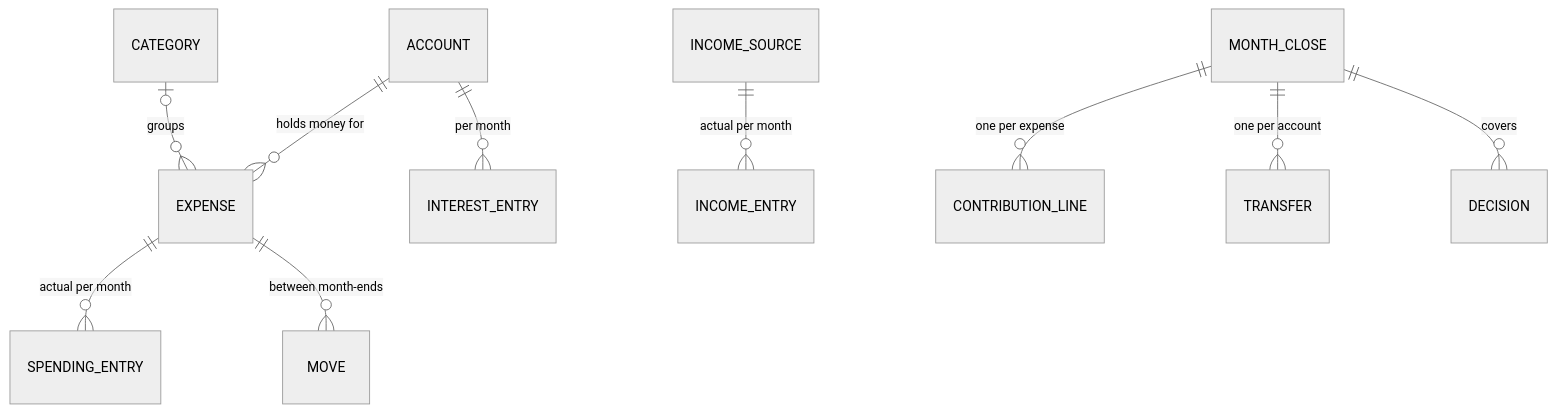
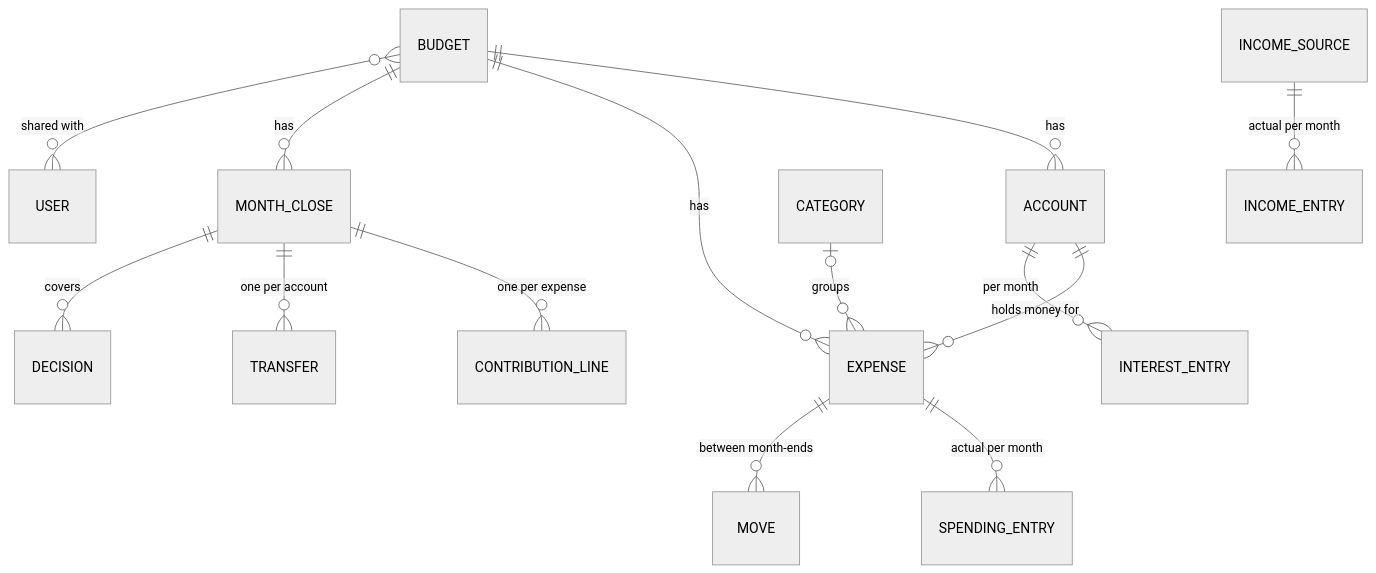
The second of 2 diagrams in docs/design.md (simonrydder/budget-manager), drawn with Mermaid (neutral theme) before and after one commit. The commit also changed other lines of this file and 61 other files, not shown here.

````diff
--- a/docs/design.md
+++ b/docs/design.md
@@ -118,12 +134,16 @@
 ```mermaid
 erDiagram
+  BUDGET ||--o{ ACCOUNT : has
+  BUDGET ||--o{ EXPENSE : has
+  BUDGET ||--o{ MONTH_CLOSE : has
+  BUDGET }o--o{ USER : "shared with"
   ACCOUNT ||--o{ EXPENSE : "holds money for"
   CATEGORY |o--o{ EXPENSE : groups
   EXPENSE ||--o{ SPENDING_ENTRY : "actual per month"
   INCOME_SOURCE ||--o{ INCOME_ENTRY : "actual per month"
   ACCOUNT ||--o{ INTEREST_ENTRY : "per month"
   MONTH_CLOSE ||--o{ CONTRIBUTION_LINE : "one per expense"
   MONTH_CLOSE ||--o{ TRANSFER : "one per account"
   MONTH_CLOSE ||--o{ DECISION : covers
   EXPENSE ||--o{ MOVE : "between month-ends"
 ```
````
